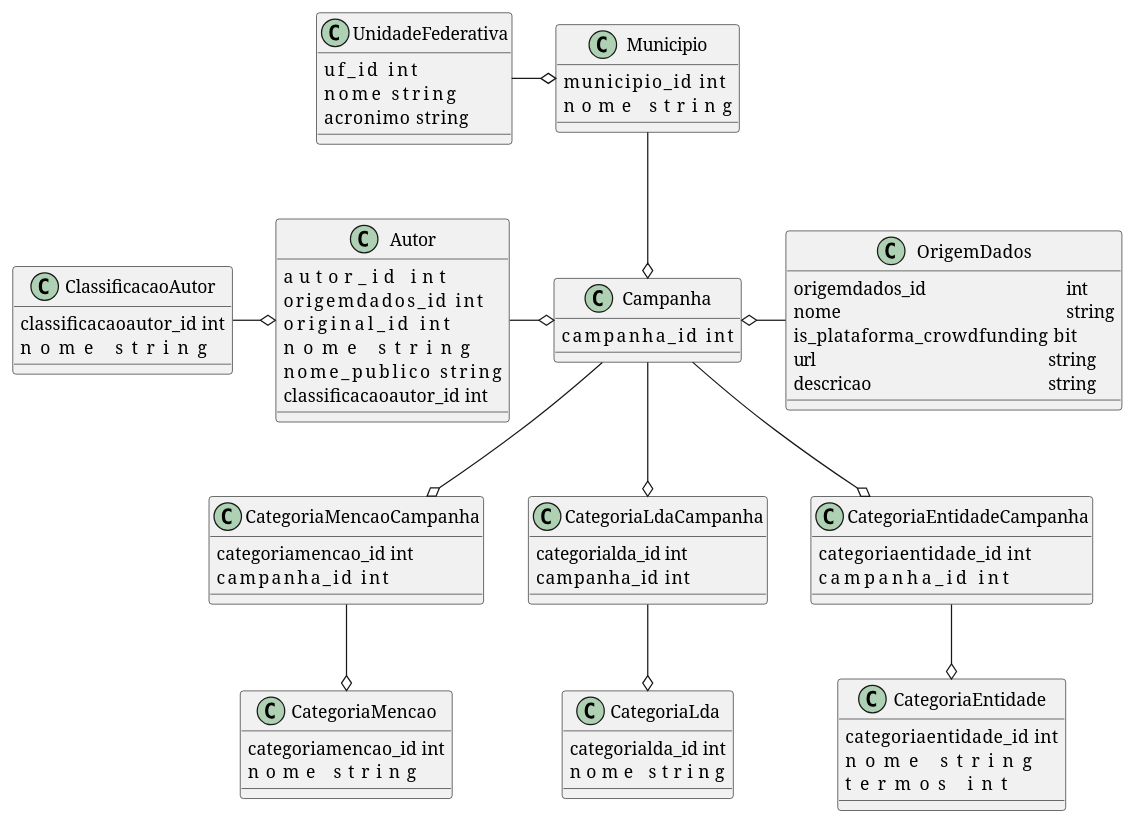
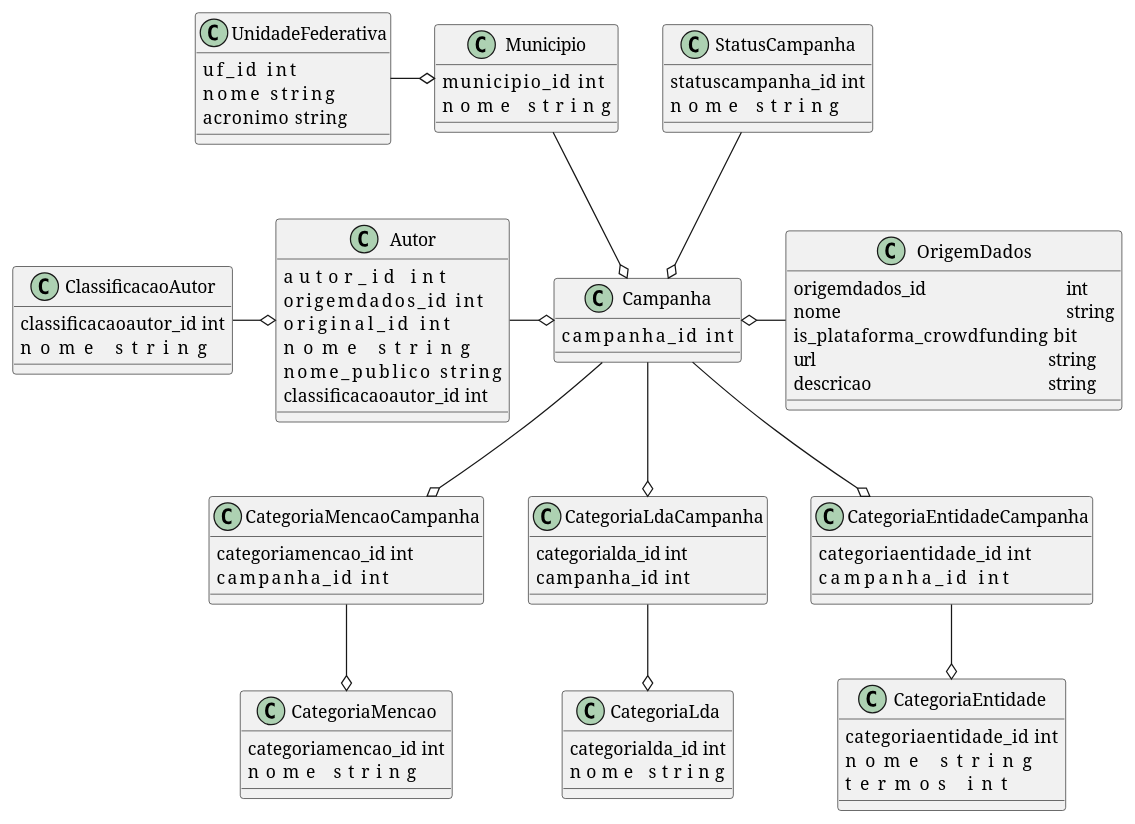
One commit to silva-erick/profico-hq changed the diagram in bin/bancodados/modelo/01-modelo.plantuml. Above: the diagram before and after it, drawn with PlantUML. The commit also changed 14 other files, not shown here.

```diff
--- a/bin/bancodados/modelo/01-modelo.plantuml
+++ b/bin/bancodados/modelo/01-modelo.plantuml
@@ -1,87 +1,94 @@
 @startuml 01-modelo
 
 class OrigemDados {
 	origemdados_id				    int
 	nome						    string
     is_plataforma_crowdfunding      bit
 	url						        string
 	descricao				        string  
 }
 
 class UnidadeFederativa {
     uf_id       int
     nome        string
     acronimo    string
 }
 
 class Municipio {
     municipio_id        int
     nome                string
 }
 
 class ClassificacaoAutor {
     classificacaoautor_id   int
     nome                    string
 }
 
 class Autor {
     autor_id                int
     origemdados_id          int
     original_id             int
     nome                    string
     nome_publico            string
     classificacaoautor_id   int
 }
 
 class Campanha {
     campanha_id         int
 }
 
 class CategoriaMencao {
     categoriamencao_id  int
     nome                string
 }
 
 class CategoriaLda {
     categorialda_id  int
     nome             string
 }
 
 class CategoriaEntidade {
     categoriaentidade_id    int
     nome                    string
     termos                  int
 }
 
 class CategoriaMencaoCampanha {
     categoriamencao_id  int
     campanha_id         int
 }
 
 class CategoriaLdaCampanha {
     categorialda_id int
     campanha_id     int
 }
 
 class CategoriaEntidadeCampanha {
     categoriaentidade_id    int
     campanha_id             int
 }
 
+class StatusCampanha {
+    statuscampanha_id   int
+    nome                string
+}
+
 UnidadeFederativa -o Municipio
 Municipio --o Campanha
 
 ClassificacaoAutor -o Autor
 Autor -o Campanha
 Campanha o- OrigemDados
 
 Campanha --o CategoriaMencaoCampanha
 Campanha --o CategoriaLdaCampanha
 Campanha --o CategoriaEntidadeCampanha
 
 CategoriaMencaoCampanha --o CategoriaMencao
 CategoriaLdaCampanha --o CategoriaLda
 CategoriaEntidadeCampanha --o CategoriaEntidade
 
+StatusCampanha --o Campanha
+
 
 @enduml
```
